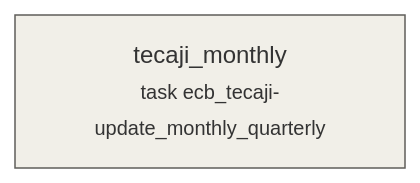
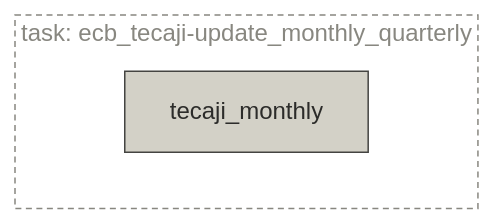
Before and after one commit to majazaloznik/umar-automation-scripts: the diagram in docs/pipelines/task-ecb_tecaji-update_monthly_quarterly.md, drawn with Mermaid. The commit also changed other lines of this file and 31 other files, not shown here.

Commit message:
Update mermaid plots in pipelines

````diff
--- a/docs/pipelines/task-ecb_tecaji-update_monthly_quarterly.md
+++ b/docs/pipelines/task-ecb_tecaji-update_monthly_quarterly.md
@@ -21,8 +21,12 @@
 ```mermaid
 flowchart LR
-  tecaji_monthly["tecaji_monthly<br/><small>task ecb_tecaji-update_monthly_quarterly</small>"]:::step
-  classDef source fill:#FAECE7,stroke:#993C1D
-  classDef step fill:#F1EFE8,stroke:#5F5E5A
-  classDef store fill:#E1F5EE,stroke:#0F6E56
-  classDef output fill:#EEEDFE,stroke:#534AB7
+  
+  subgraph task_ecb_tecaji_update_monthly_quarterly["task: ecb_tecaji-update_monthly_quarterly"]
+    tecaji_monthly["tecaji_monthly"]:::step
+  end
+  style task_ecb_tecaji_update_monthly_quarterly fill:none,stroke:#888780,stroke-dasharray:4 3,color:#888780
+  classDef source fill:#F0997B,stroke:#712B13,color:#4A1B0C,stroke-width:1px
+  classDef step fill:#D3D1C7,stroke:#444441,color:#2C2C2A,stroke-width:1px
+  classDef store fill:#5DCAA5,stroke:#085041,color:#04342C,stroke-width:1px
+  classDef output fill:#AFA9EC,stroke:#3C3489,color:#26215C,stroke-width:1px
 ```
````
